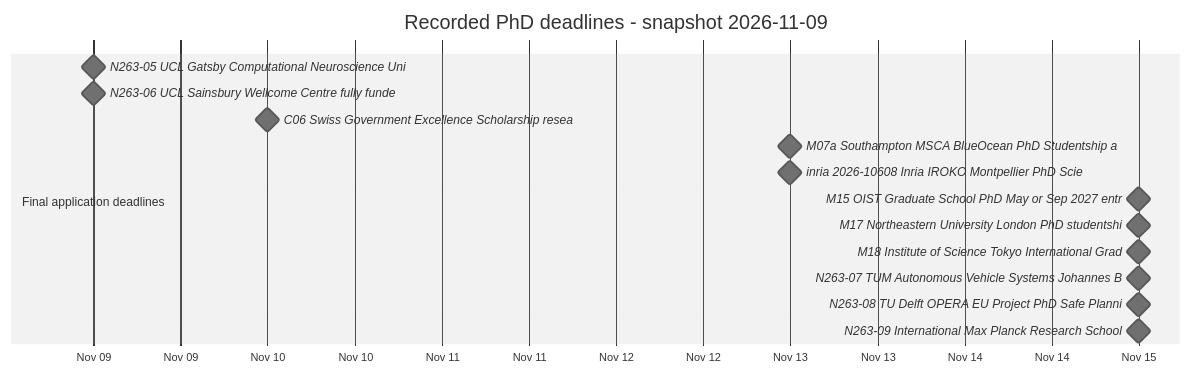
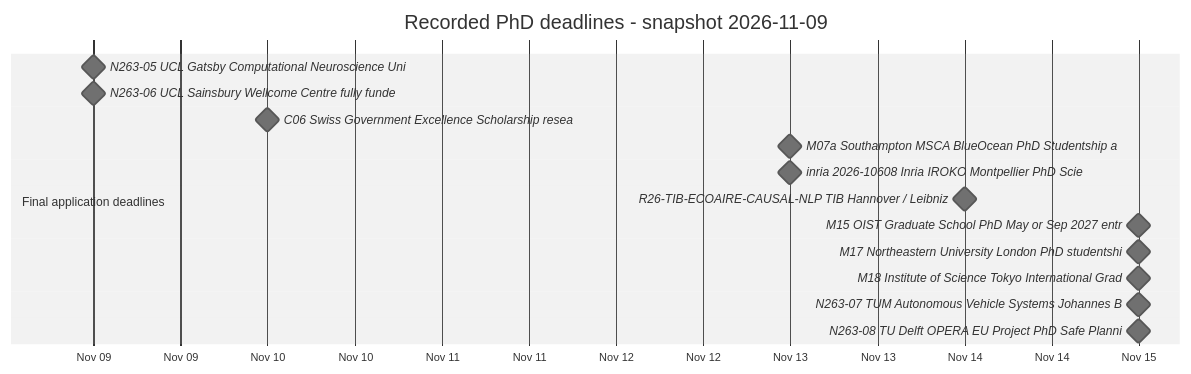
The third of 10 diagrams in README.md (Armanasq/phd_tracker), drawn with Mermaid (neutral theme) before and after one commit. The commit also changed other lines of this file and 33 other files, not shown here.

````diff
--- a/README.md
+++ b/README.md
@@ -79,18 +79,18 @@
 ```mermaid
 gantt
     title Recorded PhD deadlines - snapshot 2026-11-09
     dateFormat YYYY-MM-DD
     axisFormat %b %d
     section Final application deadlines
     N263-05 UCL Gatsby Computational Neuroscience Uni :milestone, d0, 2026-11-09, 0d
     N263-06 UCL Sainsbury Wellcome Centre fully funde :milestone, d1, 2026-11-09, 0d
     C06 Swiss Government Excellence Scholarship resea :milestone, d2, 2026-11-10, 0d
     M07a Southampton MSCA BlueOcean PhD Studentship a :milestone, d3, 2026-11-13, 0d
     inria 2026-10608 Inria IROKO Montpellier PhD Scie :milestone, d4, 2026-11-13, 0d
-    M15 OIST Graduate School PhD May or Sep 2027 entr :milestone, d5, 2026-11-15, 0d
-    M17 Northeastern University London PhD studentshi :milestone, d6, 2026-11-15, 0d
-    M18 Institute of Science Tokyo International Grad :milestone, d7, 2026-11-15, 0d
-    N263-07 TUM Autonomous Vehicle Systems Johannes B :milestone, d8, 2026-11-15, 0d
-    N263-08 TU Delft OPERA EU Project PhD Safe Planni :milestone, d9, 2026-11-15, 0d
-    N263-09 International Max Planck Research School  :milestone, d10, 2026-11-15, 0d
+    R26-TIB-ECOAIRE-CAUSAL-NLP TIB Hannover / Leibniz :milestone, d5, 2026-11-14, 0d
+    M15 OIST Graduate School PhD May or Sep 2027 entr :milestone, d6, 2026-11-15, 0d
+    M17 Northeastern University London PhD studentshi :milestone, d7, 2026-11-15, 0d
+    M18 Institute of Science Tokyo International Grad :milestone, d8, 2026-11-15, 0d
+    N263-07 TUM Autonomous Vehicle Systems Johannes B :milestone, d9, 2026-11-15, 0d
+    N263-08 TU Delft OPERA EU Project PhD Safe Planni :milestone, d10, 2026-11-15, 0d
 ```
````
